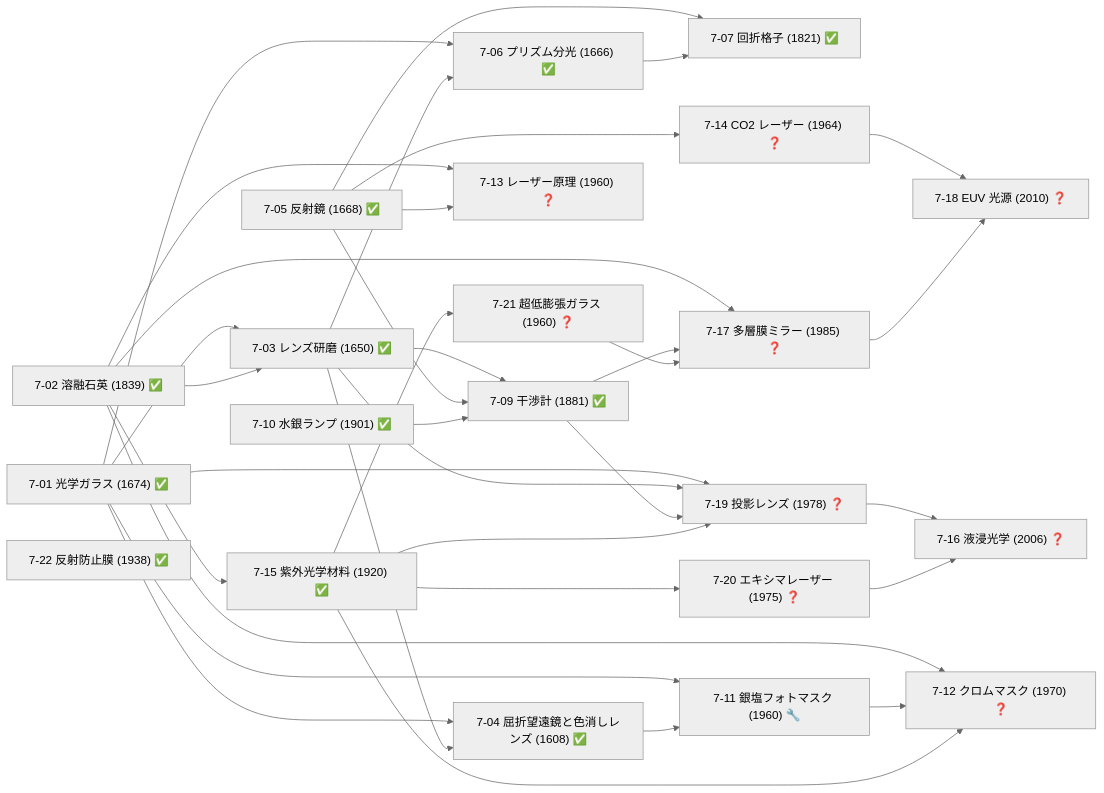
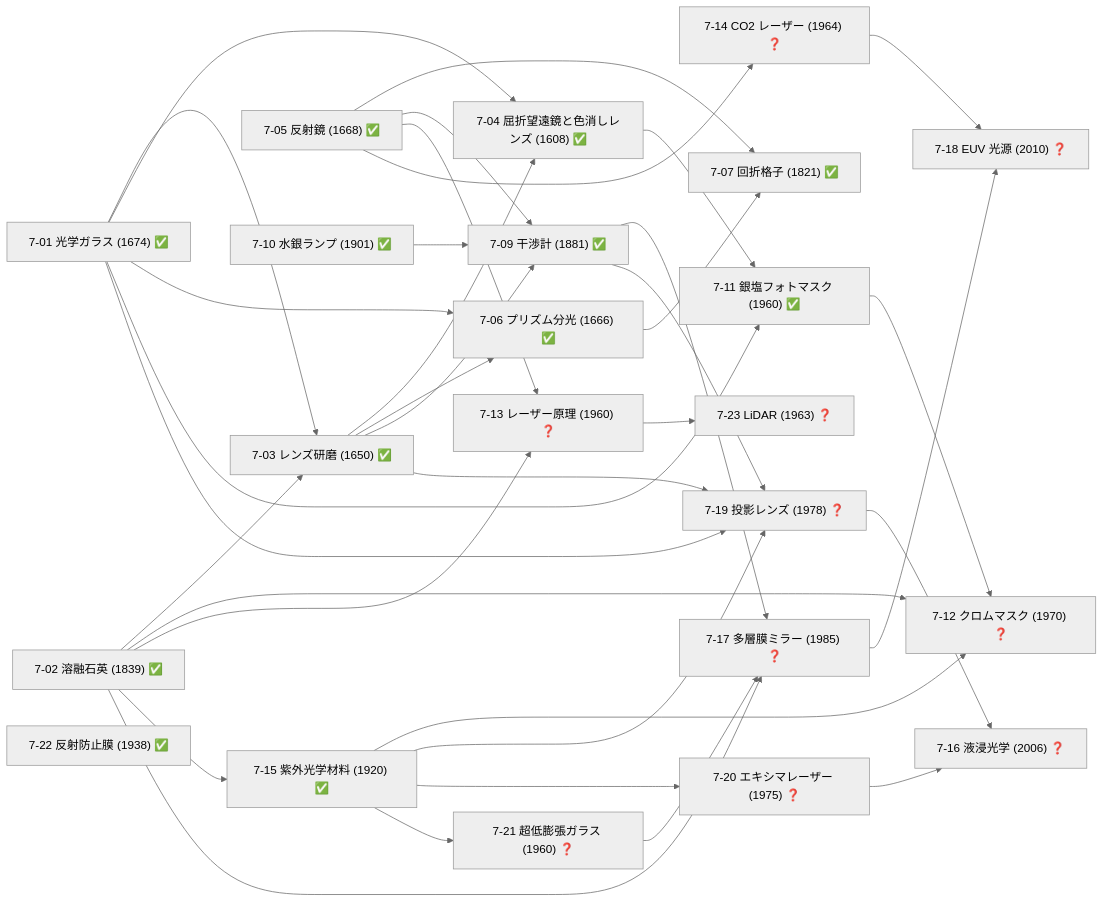
Before and after one commit to taku3i0317-collab/semiconductor-lab: the tenth of 19 diagrams in docs/TECH_TREE_VIEW.md, drawn with Mermaid (neutral theme). The commit also changed other lines of this file and 9 other files, not shown here.

````diff
--- a/docs/TECH_TREE_VIEW.md
+++ b/docs/TECH_TREE_VIEW.md
@@ -476,57 +476,59 @@
 ```mermaid
 graph LR
   n7_01["7-01 光学ガラス (1674) ✅"]
   n7_02["7-02 溶融石英 (1839) ✅"]
   n7_03["7-03 レンズ研磨 (1650) ✅"]
   n7_04["7-04 屈折望遠鏡と色消しレンズ (1608) ✅"]
   n7_05["7-05 反射鏡 (1668) ✅"]
   n7_06["7-06 プリズム分光 (1666) ✅"]
   n7_07["7-07 回折格子 (1821) ✅"]
   n7_09["7-09 干渉計 (1881) ✅"]
   n7_10["7-10 水銀ランプ (1901) ✅"]
-  n7_11["7-11 銀塩フォトマスク (1960) 🔧"]
+  n7_11["7-11 銀塩フォトマスク (1960) ✅"]
   n7_12["7-12 クロムマスク (1970) ❓"]
   n7_13["7-13 レーザー原理 (1960) ❓"]
   n7_14["7-14 CO2 レーザー (1964) ❓"]
   n7_15["7-15 紫外光学材料 (1920) ✅"]
   n7_16["7-16 液浸光学 (2006) ❓"]
   n7_17["7-17 多層膜ミラー (1985) ❓"]
   n7_18["7-18 EUV 光源 (2010) ❓"]
   n7_19["7-19 投影レンズ (1978) ❓"]
   n7_20["7-20 エキシマレーザー (1975) ❓"]
   n7_21["7-21 超低膨張ガラス (1960) ❓"]
   n7_22["7-22 反射防止膜 (1938) ✅"]
+  n7_23["7-23 LiDAR (1963) ❓"]
   n7_01-->n7_03
   n7_02-->n7_03
   n7_01-->n7_04
   n7_03-->n7_04
   n7_01-->n7_06
   n7_03-->n7_06
   n7_05-->n7_07
   n7_06-->n7_07
   n7_03-->n7_09
   n7_05-->n7_09
   n7_10-->n7_09
   n7_01-->n7_11
   n7_04-->n7_11
   n7_02-->n7_12
   n7_11-->n7_12
   n7_15-->n7_12
   n7_02-->n7_13
   n7_05-->n7_13
   n7_05-->n7_14
   n7_02-->n7_15
   n7_19-->n7_16
   n7_20-->n7_16
   n7_02-->n7_17
   n7_09-->n7_17
   n7_21-->n7_17
   n7_14-->n7_18
   n7_17-->n7_18
   n7_01-->n7_19
   n7_03-->n7_19
   n7_09-->n7_19
   n7_15-->n7_19
   n7_15-->n7_20
   n7_15-->n7_21
+  n7_13-->n7_23
 ```
````
